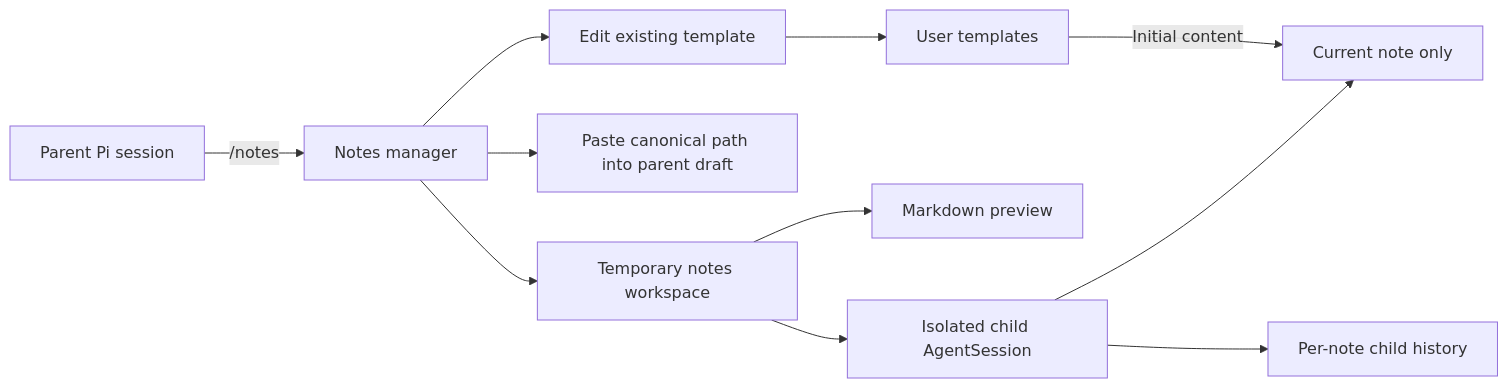
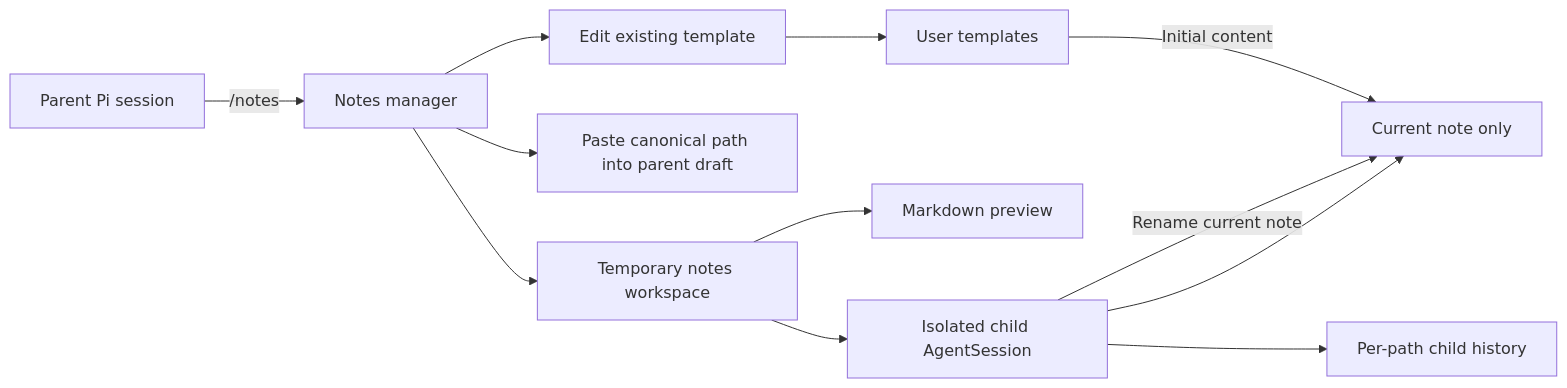
One commit to narumiruna/pi-extensions changed the diagram in packages/pi-notes/README.md. Above: the diagram before and after it, drawn with Mermaid. The commit also changed other lines of this file and 10 other files, not shown here.

````diff
--- a/packages/pi-notes/README.md
+++ b/packages/pi-notes/README.md
@@ -54,13 +56,14 @@
 ```mermaid
 flowchart LR
     P[Parent Pi session] -->|/notes| M[Notes manager]
     M --> W[Temporary notes workspace]
     M --> I[Paste canonical path into parent draft]
     M --> E[Edit existing template]
     W --> C[Isolated child AgentSession]
     W --> V[Markdown preview]
     C --> N[Current note only]
+    C -->|Rename current note| N
     E --> T[User templates]
     T -->|Initial content| N
-    C --> S[Per-note child history]
+    C --> S[Per-path child history]
 ```
````
